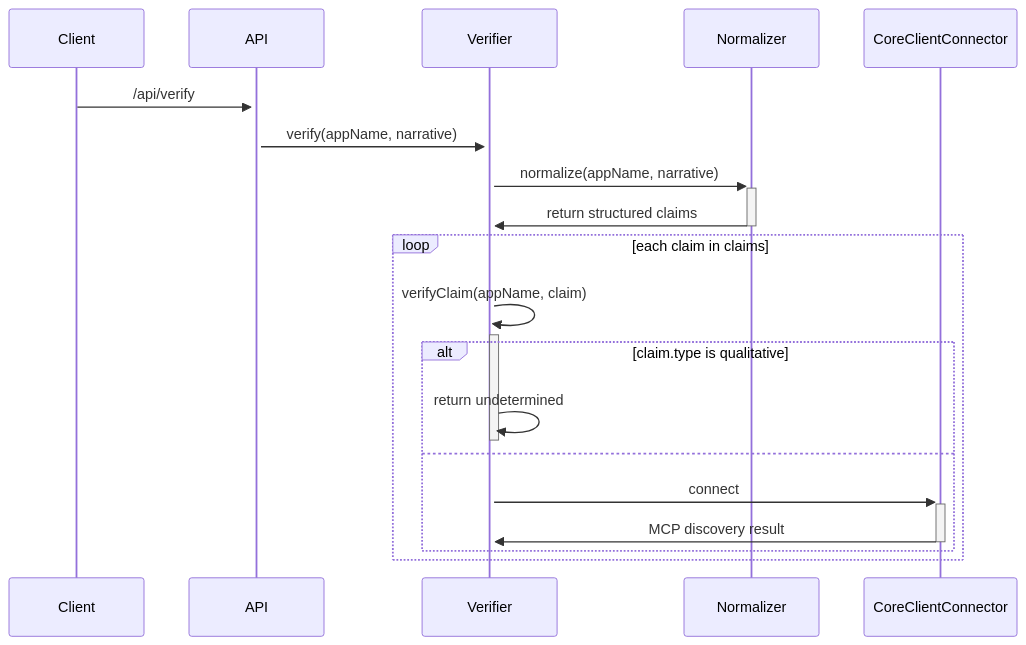
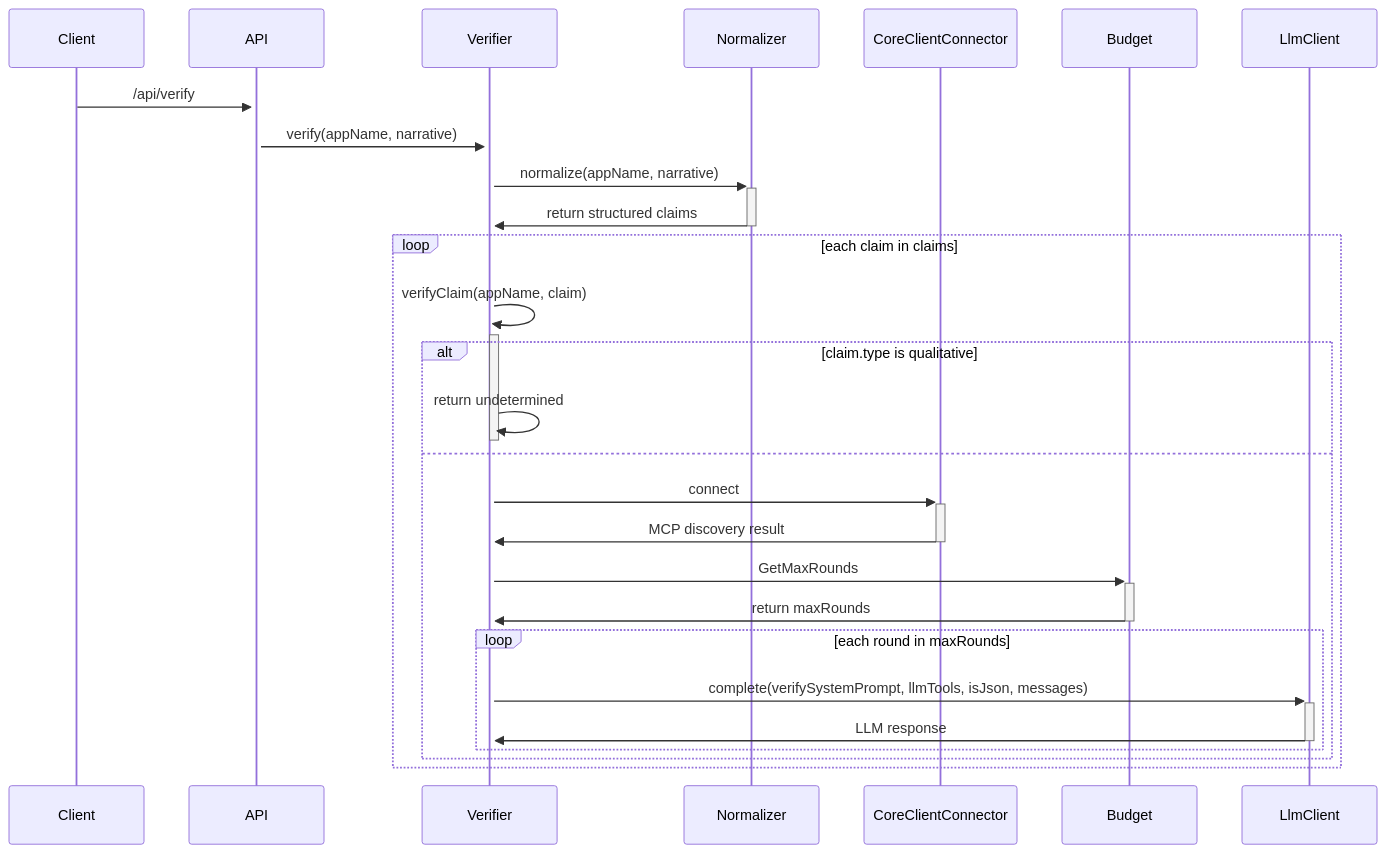
Before and after one commit to Wright-u/wright-claims-agent: the diagram in docs/verification_process.mermaid, drawn with Mermaid.

Commit message:
Update diagram

```diff
--- a/docs/verification_process.mermaid
+++ b/docs/verification_process.mermaid
@@ -1,15 +1,21 @@
 sequenceDiagram
     
     Client ->>+ API: /api/verify
     API ->>+ Verifier: verify(appName, narrative)
     Verifier ->>+ Normalizer: normalize(appName, narrative)
     Normalizer ->>- Verifier: return structured claims
     loop each claim in claims 
         Verifier ->>+ Verifier: verifyClaim(appName, claim)
         alt claim.type is qualitative
             Verifier ->>- Verifier: return undetermined
         else
             Verifier ->>+ CoreClientConnector: connect
-            CoreClientConnector ->>- Verifier: MCP discovery result 
+            CoreClientConnector ->>- Verifier: MCP discovery result
+            Verifier ->>+ Budget: GetMaxRounds
+            Budget ->>- Verifier: return maxRounds
+            loop each round in maxRounds
+                Verifier ->>+ LlmClient: complete(verifySystemPrompt, llmTools, isJson, messages)
+                LlmClient ->>- Verifier: LLM response
+            end
         end
     end
```
